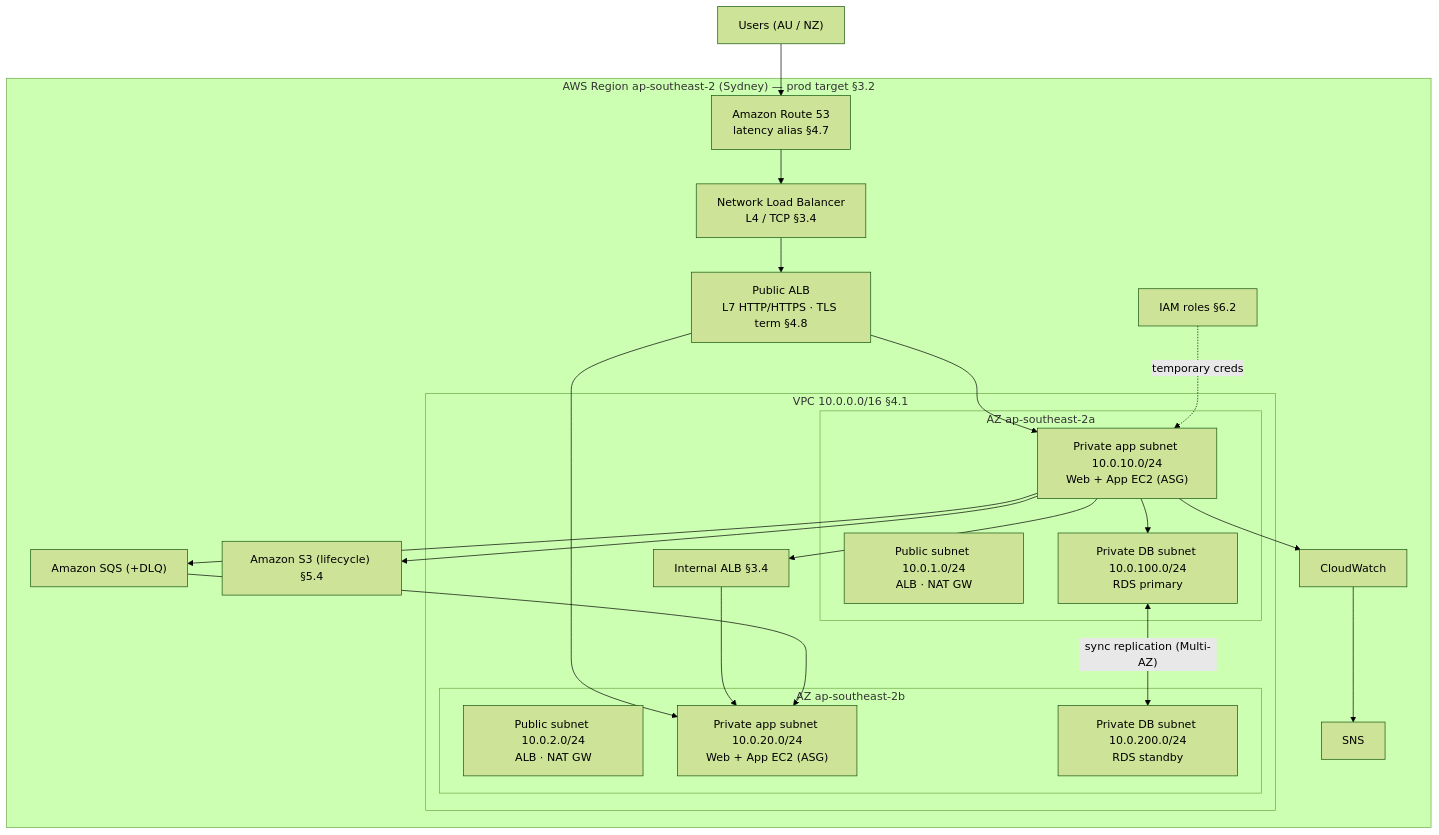
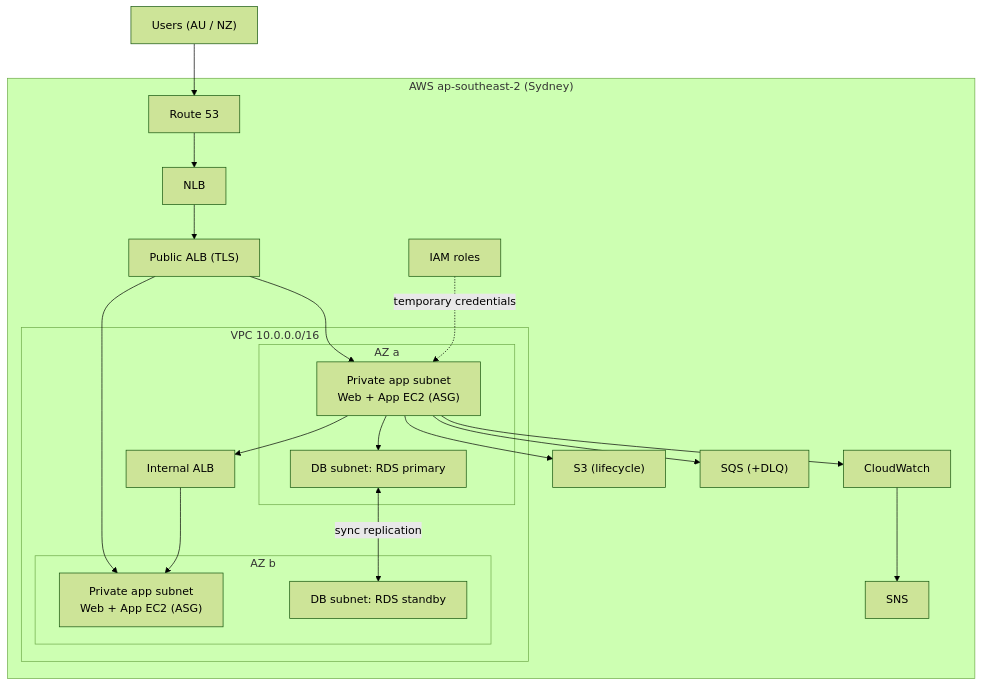
One commit to Sandwich-hye/classquest changed the second of 4 diagrams in ARCHITECTURE.md. Above: the diagram before and after it, drawn with Mermaid (forest theme). The commit also changed other lines of this file and 15 other files, not shown here.

````diff
--- a/ARCHITECTURE.md
+++ b/ARCHITECTURE.md
@@ -104,42 +100,27 @@
 ```mermaid
 graph TB
     users["Users (AU / NZ)"]
-
-    subgraph region["AWS Region ap-southeast-2 (Sydney) — prod target §3.2"]
-        r53["Amazon Route 53<br/>latency alias §4.7"]
-        nlb["Network Load Balancer<br/>L4 / TCP §3.4"]
-        palb["Public ALB<br/>L7 HTTP/HTTPS · TLS term §4.8"]
-
-        subgraph vpc["VPC 10.0.0.0/16 §4.1"]
-            subgraph az_a["AZ ap-southeast-2a"]
-                pub_a["Public subnet 10.0.1.0/24<br/>ALB · NAT GW"]
-                webapp_a["Private app subnet 10.0.10.0/24<br/>Web + App EC2 (ASG)"]
-                db_a["Private DB subnet 10.0.100.0/24<br/>RDS primary"]
+    subgraph region["AWS ap-southeast-2 (Sydney)"]
+        r53["Route 53"] --> nlb["NLB"] --> palb["Public ALB (TLS)"]
+        subgraph vpc["VPC 10.0.0.0/16"]
+            subgraph az_a["AZ a"]
+                webapp_a["Private app subnet<br/>Web + App EC2 (ASG)"]
+                db_a["DB subnet: RDS primary"]
             end
-            subgraph az_b["AZ ap-southeast-2b"]
-                pub_b["Public subnet 10.0.2.0/24<br/>ALB · NAT GW"]
-                webapp_b["Private app subnet 10.0.20.0/24<br/>Web + App EC2 (ASG)"]
-                db_b["Private DB subnet 10.0.200.0/24<br/>RDS standby"]
+            subgraph az_b["AZ b"]
+                webapp_b["Private app subnet<br/>Web + App EC2 (ASG)"]
+                db_b["DB subnet: RDS standby"]
             end
-            ialb["Internal ALB §3.4"]
+            ialb["Internal ALB"]
         end
-
-        s3["Amazon S3 (lifecycle) §5.4"]
-        sqs["Amazon SQS (+DLQ)"]
-        cw["CloudWatch"]
-        sns["SNS"]
-        iam["IAM roles §6.2"]
+        s3["S3 (lifecycle)"]; sqs["SQS (+DLQ)"]; cw["CloudWatch"]; sns["SNS"]; iam["IAM roles"]
     end
-
-    users --> r53 --> nlb --> palb --> webapp_a
-    palb --> webapp_b
+    users --> r53
+    palb --> webapp_a & webapp_b
     webapp_a --> ialb --> webapp_b
     webapp_a --> db_a
-    db_a <-->|"sync replication (Multi-AZ)"| db_b
-    webapp_a --> s3
-    webapp_a --> sqs --> webapp_b
-    webapp_a --> cw --> sns
-    iam -.->|"temporary creds"| webapp_a
-
-    classDef note fill:#eef,stroke:#88a;
+    db_a <-->|"sync replication"| db_b
+    webapp_a --> s3 & sqs & cw
+    cw --> sns
+    iam -.->|"temporary credentials"| webapp_a
 ```
````
